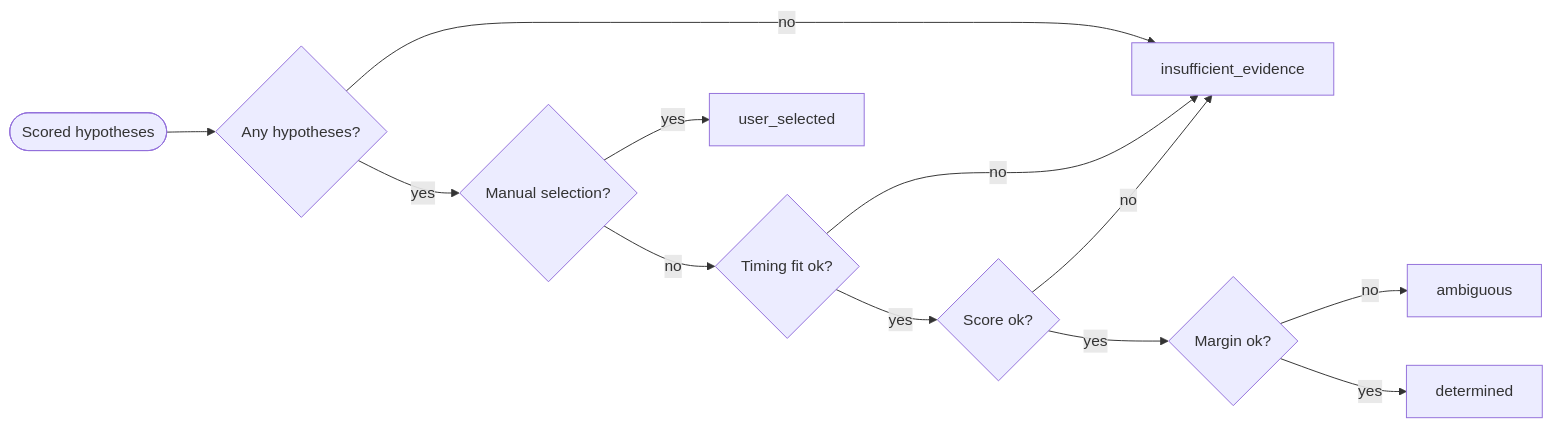
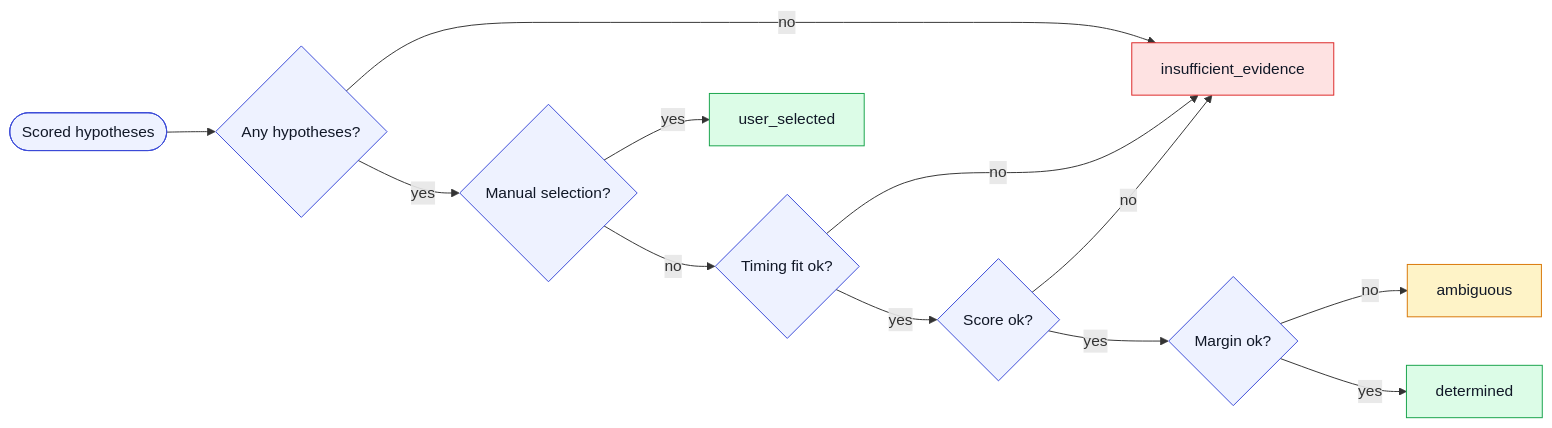
The third of 3 diagrams in README.md (Akhil-0911/SigIQ), drawn with Mermaid before and after one commit. The commit also changed other lines of this file, not shown here.

Commit message:
Fix low-contrast text in the README flowcharts
GitHub's dark-mode Mermaid theme rendered node and subgraph text as
dark-gray-on-gray, unreadable. All three diagrams now use explicit
classDef/style colors (light fill, dark text, colored borders) that
stay fixed regardless of the viewer's light/dark theme. The verdict
diagram also color-codes its four outcomes (red/amber/green) for
quicker reading.

````diff
--- a/README.md
+++ b/README.md
@@ -165,14 +171,22 @@
 ```mermaid
 flowchart LR
     Start([Scored hypotheses]) --> Chk0{Any hypotheses?}
     Chk0 -- no --> Ins[insufficient_evidence]
     Chk0 -- yes --> Chk1{Manual selection?}
     Chk1 -- yes --> Us[user_selected]
     Chk1 -- no --> Chk2{Timing fit ok?}
     Chk2 -- no --> Ins
     Chk2 -- yes --> Chk3{Score ok?}
     Chk3 -- no --> Ins
     Chk3 -- yes --> Chk4{Margin ok?}
     Chk4 -- no --> Amb[ambiguous]
     Chk4 -- yes --> Det[determined]
+
+    classDef default fill:#eef2ff,stroke:#3b4bd8,stroke-width:1px,color:#111827;
+    classDef bad fill:#fee2e2,stroke:#dc2626,color:#111827;
+    classDef warn fill:#fef3c7,stroke:#d97706,color:#111827;
+    classDef good fill:#dcfce7,stroke:#16a34a,color:#111827;
+    class Ins bad;
+    class Amb warn;
+    class Us,Det good;
 ```
````
